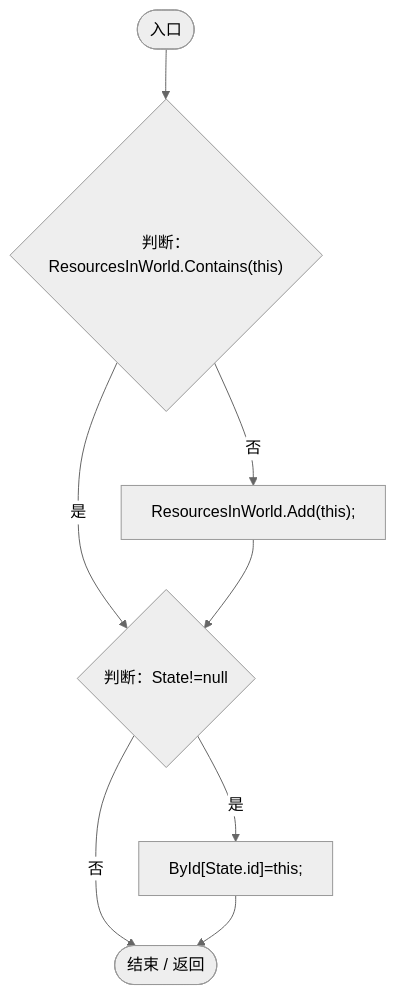
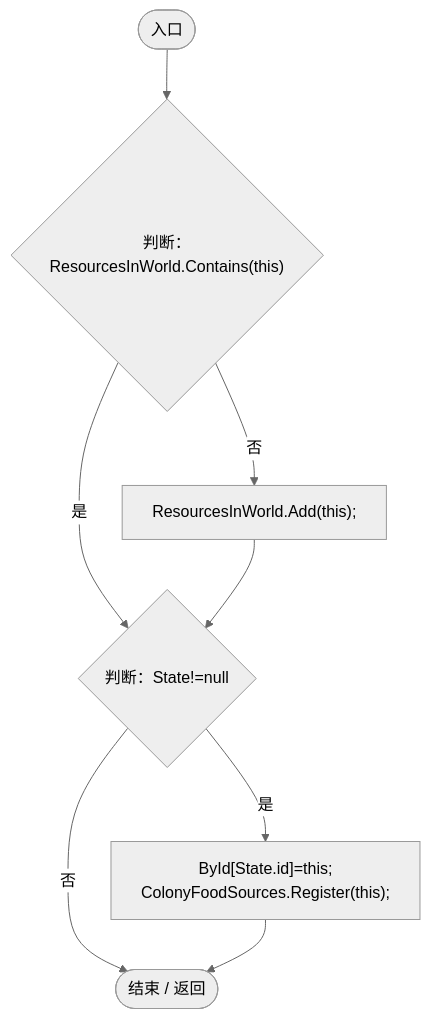
The seventh of 21 diagrams in Docs/运行流程图/脚本/293dbaecfff4b585.md (xhs6666/Darwin_paradise), drawn with Mermaid (neutral theme) before and after one commit. The commit also changed other lines of this file and 114 other files, not shown here.

Commit message:
fix: restore colony food access and document simulation hotspots

````diff
--- a/Docs/运行流程图/脚本/293dbaecfff4b585.md
+++ b/Docs/运行流程图/脚本/293dbaecfff4b585.md
@@ -174,17 +174,17 @@
 ```mermaid
 flowchart TD
   b0(["入口"])
   b1{"判断：ResourcesInWorld.Contains(this)"}
   b2["ResourcesInWorld.Add(this);"]
   b3{"判断：State!=null"}
-  b4["ById[State.id]=this;"]
+  b4["ById[State.id]=this;<br/>ColonyFoodSources.Register(this);"]
   b5(["结束 / 返回"])
   b0 --> b1
   b1 -->|"否"| b2
   b1 -->|"是"| b3
   b2 --> b3
   b3 -->|"是"| b4
   b3 -->|"否"| b5
   b4 --> b5
 
 ```
````
